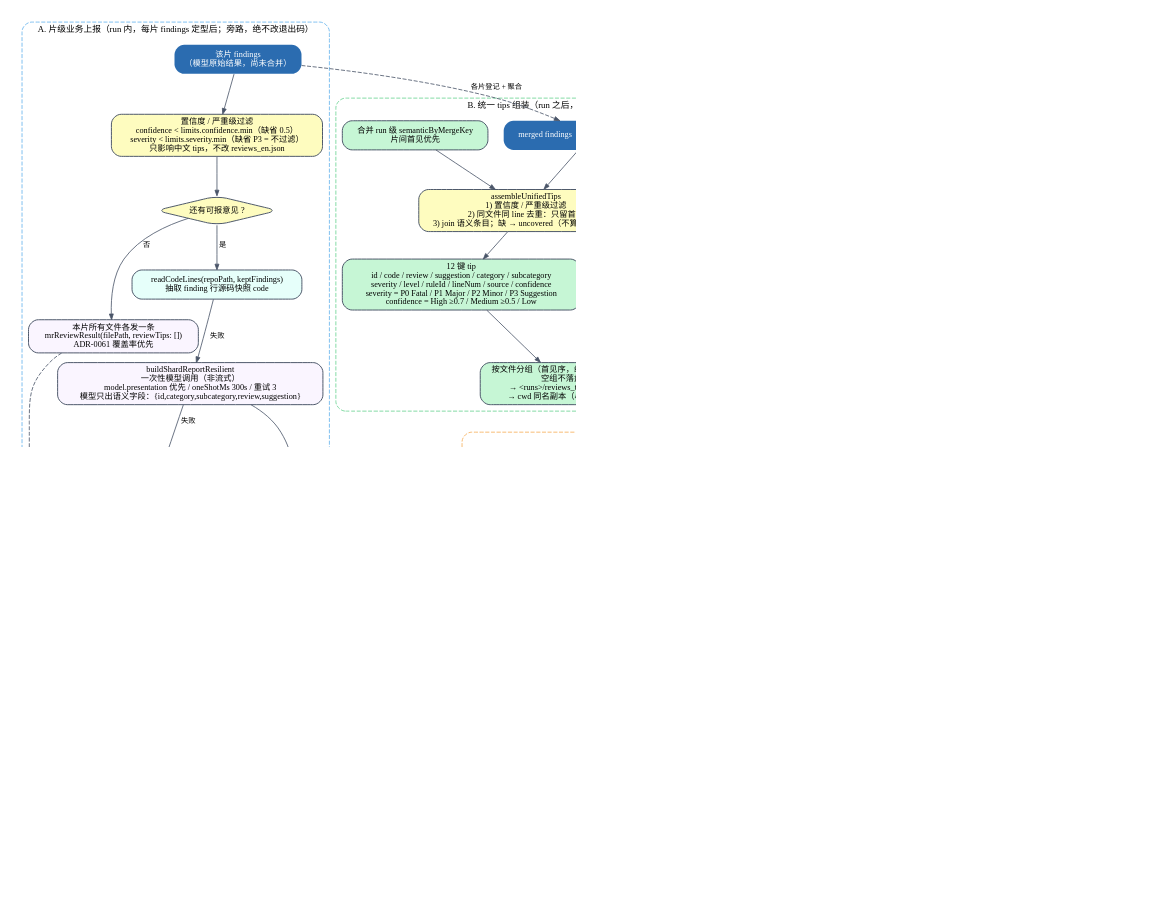
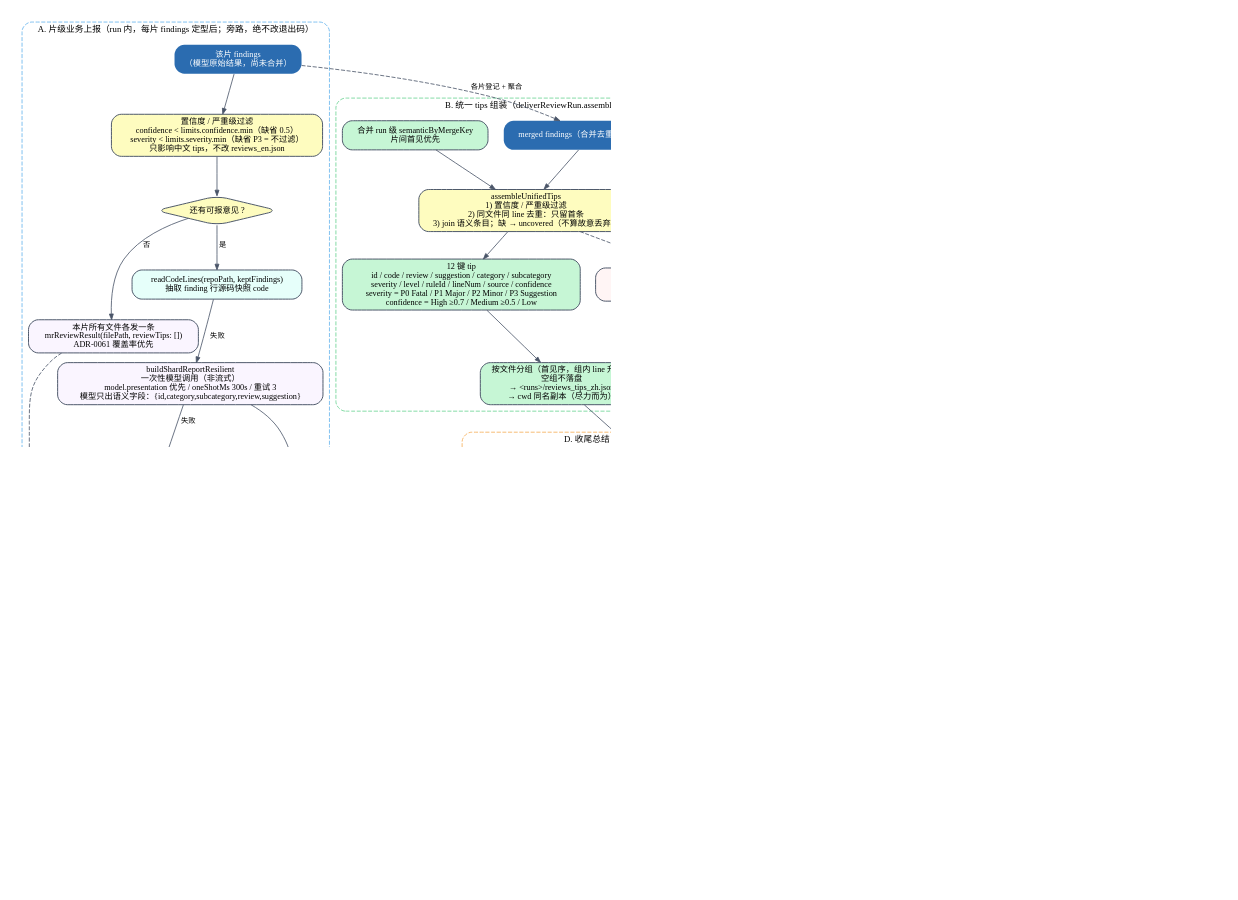
Before and after one commit to ffanwei/ReviewAgent-pi: the diagram in docs/png/review-reporting.dot, drawn with Graphviz. The commit also changed 15 other files, not shown here.

First line of the commit message:
docs: 重新生成检视链路示意图与全链路流程图

```diff
--- a/docs/png/review-reporting.dot
+++ b/docs/png/review-reporting.dot
@@ -1,93 +1,93 @@
 digraph review_reporting {
   graph [charset="UTF-8", rankdir=TB, bgcolor="white", fontname="Microsoft YaHei", fontsize=12,
          nodesep=0.26, ranksep=0.34, pad=0.25, dpi=150];
   node  [shape=box, style="rounded,filled", fontname="Microsoft YaHei", fontsize=10.2,
          color="#4A5568", fillcolor="#F7FAFC", penwidth=1.2, margin="0.14,0.06"];
   edge  [fontname="Microsoft YaHei", fontsize=9, color="#4A5568", arrowsize=0.7];
 
   subgraph cluster_shard {
     label="A. 片级业务上报（run 内，每片 findings 定型后；旁路，绝不改退出码）";
     fontname="Microsoft YaHei"; fontsize=10.8; color="#63B3ED"; style="rounded,dashed";
 
     shardFindings [label="该片 findings\n（模型原始结果，尚未合并）", fillcolor="#2B6CB0", fontcolor="white", penwidth=0];
     conf [label="置信度 / 严重级过滤\nconfidence < limits.confidence.min（缺省 0.5）\nseverity < limits.severity.min（缺省 P3 = 不过滤）\n只影响中文 tips，不改 reviews_en.json", fillcolor="#FEFCBF"];
     keptq [label="还有可报意见 ?", shape=diamond, fillcolor="#FEFCBF"];
     emptyAll [label="本片所有文件各发一条\nmrReviewResult(filePath, reviewTips: [])\nADR-0061 覆盖率优先", fillcolor="#FAF5FF"];
     code [label="readCodeLines(repoPath, keptFindings)\n抽取 finding 行源码快照 code", fillcolor="#E6FFFA"];
     gen [label="buildShardReportResilient\n一次性模型调用（非流式）\nmodel.presentation 优先 / oneShotMs 300s / 重试 3\n模型只出语义字段：{id,category,subcategory,review,suggestion}", fillcolor="#FAF5FF"];
     split [label="全量生成失败（超时 / 截断 / 非 JSON）\n按条数二分拆批重试：DEFAULT_SPLIT_MAX_DEPTH = 2\n最坏 1+2+4 = 7 次调用；拆分批单次尝试、串行", fillcolor="#FED7D7"];
     failed [label="仍失败\n本片文件全部补空 tips\n逐条登记 uncovered 原因", fillcolor="#FED7D7"];
     validate [label="逐条校验 / 降级\nfilePath 规范化（反斜杠→/，拒绝绝对路径与 ..）\ncode 读不到 → 跳过该条报文（绝不编）\ncategory 兜底映射表仍不可归一 → 跳过\n缺字段 → finding 推导兜底并留痕", fillcolor="#FEFCBF"];
     semantic [label="语义登记 semanticByKey\n键 = 合并键 (file,line,title)\n同时记 uncoveredByKey（逐条原因）", fillcolor="#C6F6D5"];
     perFile [label="按文件分组，逐文件调用\nmrReviewResult(taskId, filePath, reviewTips)\n每文件只发一条（attempted 去重）", fillcolor="#FAF5FF"];
     submitted [label="成功才登记 submittedFindingKeys\n（收尾总结的唯一口径）", fillcolor="#C6F6D5"];
     remain [label="本片剩余文件补空包\nreportFilesWithoutTips(exclude=attempted)\n含「有 finding 但 tips 全被跳过 / 上报失败」", fillcolor="#FAF5FF"];
 
     shardFindings -> conf -> keptq;
     keptq -> emptyAll [label=" 否 "];
     keptq -> code [label=" 是 "];
     code -> gen -> split [label=" 失败 "];
     split -> validate [label=" 救回部分 "];
     gen -> validate [label=" 成功 "];
     split -> failed [label=" 仍失败 "];
     failed -> remain;
     validate -> semantic -> perFile -> submitted -> remain;
     emptyAll -> remain [style=dashed];
   }
 
   subgraph cluster_tips {
-    label="B. 统一 tips 组装（run 之后，与片级报文同一份生成、两个出口）";
+    label="B. 统一 tips 组装（deliverReviewRun.assembleTips / persistTips，cli/delivery.ts）";
     fontname="Microsoft YaHei"; fontsize=10.8; color="#68D391"; style="rounded,dashed";
     merged [label="merged findings（合并去重后，F001…）", fillcolor="#2B6CB0", fontcolor="white", penwidth=0];
     mergeSem [label="合并 run 级 semanticByMergeKey\n片间首见优先", fillcolor="#C6F6D5"];
     build [label="assembleUnifiedTips\n1) 置信度 / 严重级过滤\n2) 同文件同 line 去重：只留首条\n3) join 语义条目；缺 → uncovered（不算故意丢弃）", fillcolor="#FEFCBF"];
     keys [label="12 键 tip\nid / code / review / suggestion / category / subcategory\nseverity / level / ruleId / lineNum / source / confidence\nseverity = P0 Fatal / P1 Major / P2 Minor / P3 Suggestion\nconfidence = High ≥0.7 / Medium ≥0.5 / Low", fillcolor="#C6F6D5"];
     doc [label="按文件分组（首见序，组内 line 升序）\n空组不落盘\n→ <runs>/reviews_tips_zh.json\n→ cwd 同名副本（尽力而为）", fillcolor="#C6F6D5"];
     uncovered [label="未覆盖逐条 stderr\n「未获统一生成覆盖（file:line (id)），tips 缺席该条：原因」\n审计只记 tipsFilter（阈值 + 丢弃数）", fillcolor="#FFF5F5"];
 
     merged -> build;
     mergeSem -> build;
     build -> keys -> doc;
     build -> uncovered [style=dashed];
   }
 
   subgraph cluster_present {
-    label="C. 业务关闭时的统一生成兜底（收尾一次，不发报文；ADR-0065）";
+    label="C. 业务关闭时的统一生成兜底（deliverReviewRun.assembleTips 内一次，不发报文；ADR-0065）";
     fontname="Microsoft YaHei"; fontsize=10.8; color="#B794F4"; style="rounded,dashed";
     engineq [label="taskToolsOn ?", shape=diamond, fillcolor="#FEFCBF"];
     noop [label="业务开启\n片级回调已生成并登记语义\n收尾零额外调用"];
     fallback [label="buildShardReportResilient(keptFindings)\n一次非流式模型调用（仅登记语义）\n失败：二分拆批重试 → uncovered", fillcolor="#FAF5FF"];
     noroll [label="不回落呈现引擎\npresentation.engine 仅 legacy 兼容键\nstdout 恒英文、无 presentation 键", fillcolor="#C6F6D5"];
     engineq -> noop [label=" 是 "];
     engineq -> fallback [label=" 否 "];
     fallback -> noroll;
     noop -> noroll;
   }
 
   subgraph cluster_summary {
-    label="D. 收尾总结与任务收尾";
+    label="D. 收尾总结（deliverReviewRun.publishSummary）与 finalizeDelivery";
     fontname="Microsoft YaHei"; fontsize=10.8; color="#F6AD55"; style="rounded,dashed";
     scope [label="口径 = 平台最终收到的意见\nsummaryFindings = findings ∩ submittedFindingKeys\nsummaryTips = tips 中 id ∈ submittedSourceIds\n（未上报条目不进总结）", fillcolor="#FEFCBF"];
     zeroq [label="findings 条数 ?", shape=diamond, fillcolor="#FEFCBF"];
     fixedZero [label="固定文案\n# 检视总结\n\n本次检视未发现缺陷。\n（不调用模型）", fillcolor="#C6F6D5"];
     fixedUnrep[label="零已上报但存在未上报\n固定「未向平台上报任何检视意见」\n绝不谎报「未发现缺陷」", fillcolor="#FFF5F5"];
     model [label="buildReviewSummary\n中文 tips + findings 摘要 → Markdown\n失败 / 空回复 → 确定性模板\n（计数 + 按文件清单）", fillcolor="#FAF5FF"];
     settle [label="固定沉降 5s（ADR-0053）\nmrReviewResult → saveReviewSummary\n→ endTask", fillcolor="#FEFCBF"];
-    save [label="saveReviewSummary(taskId, markdownContent)", fillcolor="#FAF5FF"];
-    end [label="endTask(taskId)\nfinally 必发（startTask 成功过）", fillcolor="#FAF5FF"];
-    log [label="runs/mcp.json\n四个业务调用输入 / 输出 / 耗时\n事件 flush：sent / failed / dropped\n[finally] [time] 阶段账本 / [usage] 整任务账本（stderr）", fillcolor="#C6F6D5"];
+    save [label="publishSummary → saveReviewSummary(taskId, markdownContent)", fillcolor="#FAF5FF"];
+    end [label="[finally] finalizeDelivery → endTask(taskId)\n必发（startTask 成功过）", fillcolor="#FAF5FF"];
+    log [label="finalizeDelivery 后续\nruns/mcp.json / lifecycle / trace\n事件 flush：sent / failed / dropped → close\n[time] 阶段账本 / [usage] 整任务账本（stderr）", fillcolor="#C6F6D5"];
 
     scope -> zeroq;
     zeroq -> fixedZero [label=" 0 "];
     zeroq -> fixedUnrep [label=" >0 但都已上报集合为空 "];
     zeroq -> model [label=" >0 且有已上报 "];
     model -> settle;
     fixedZero -> settle;
     fixedUnrep -> settle;
     settle -> save -> end -> log;
   }
 
   shardFindings -> merged [style=dashed, label=" 各片登记 + 聚合 "];
   doc -> scope;
   noroll -> scope [style=dotted, label=" 无呈现翻译 "];
 }
```
